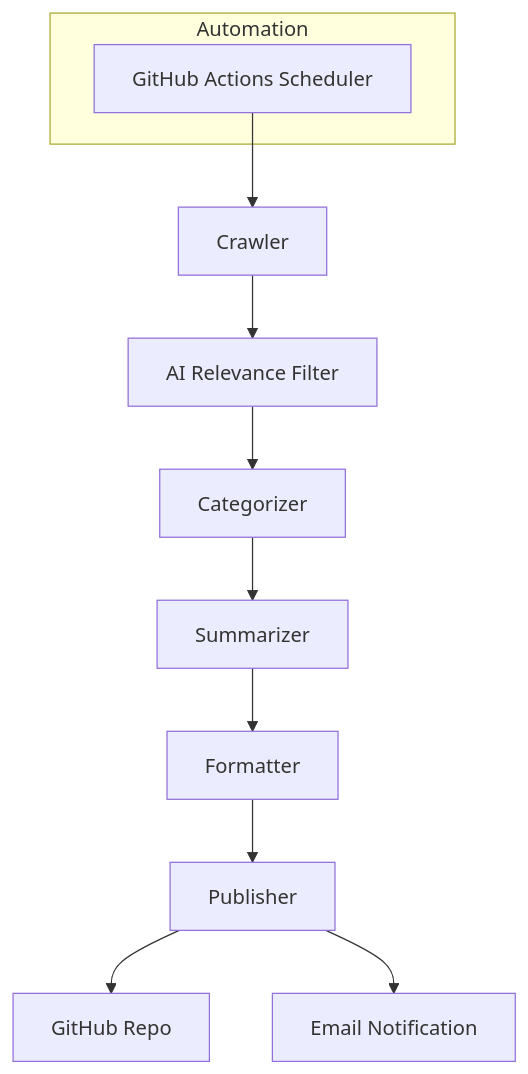
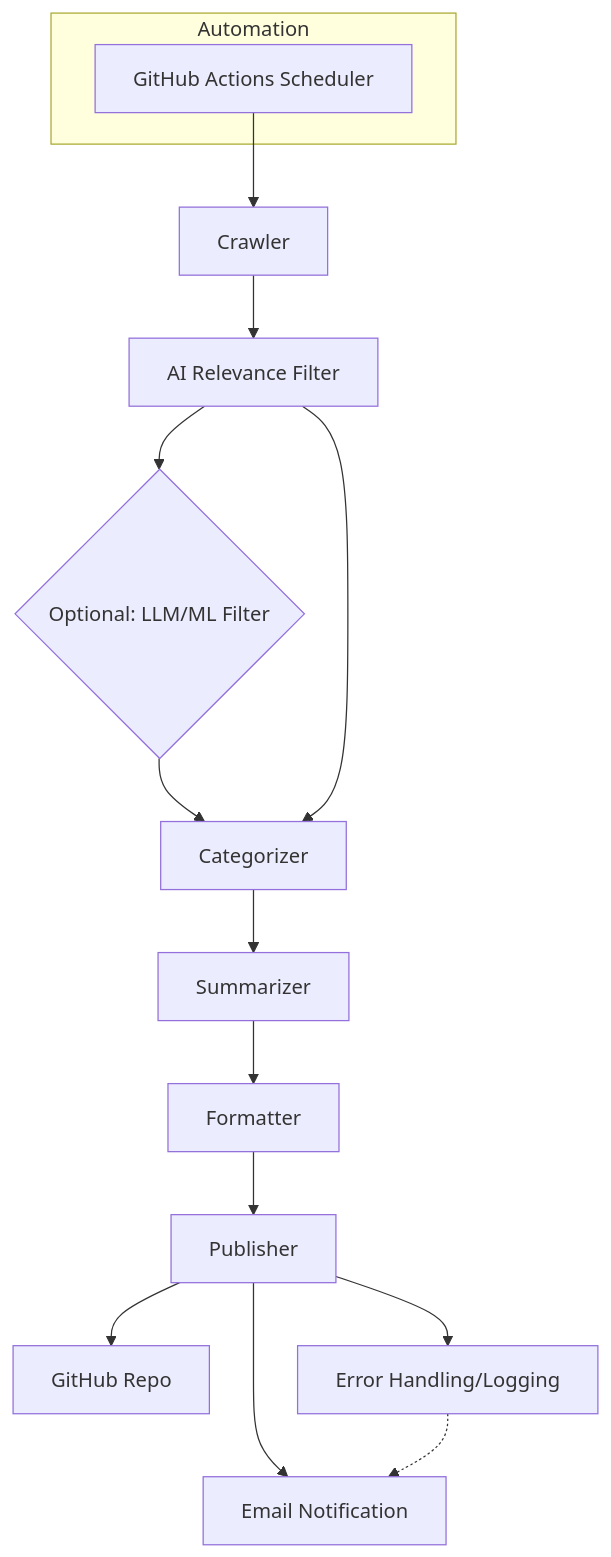
The diagram in README.md (snowan/AI-trending-topics-crawler-and-publisher), drawn with Mermaid before and after one commit. The commit also changed other lines of this file, not shown here.

Commit message:
Docs: add sample output, FAQ, and enhanced architecture diagram to README.

````diff
--- a/README.md
+++ b/README.md
@@ -20,14 +20,18 @@
 ```mermaid
 graph TD
     A[Crawler] --> B[AI Relevance Filter]
-    B --> C[Categorizer]
+    B --> B2{Optional: LLM/ML Filter}
+    B2 --> C[Categorizer]
+    B --> C
     C --> D[Summarizer]
     D --> E[Formatter]
     E --> F[Publisher]
     F --> G[GitHub Repo]
     F --> H[Email Notification]
+    F --> X[Error Handling/Logging]
     subgraph Automation
         I[GitHub Actions Scheduler]
     end
     I --> A
+    X -.-> H
 ```
````
